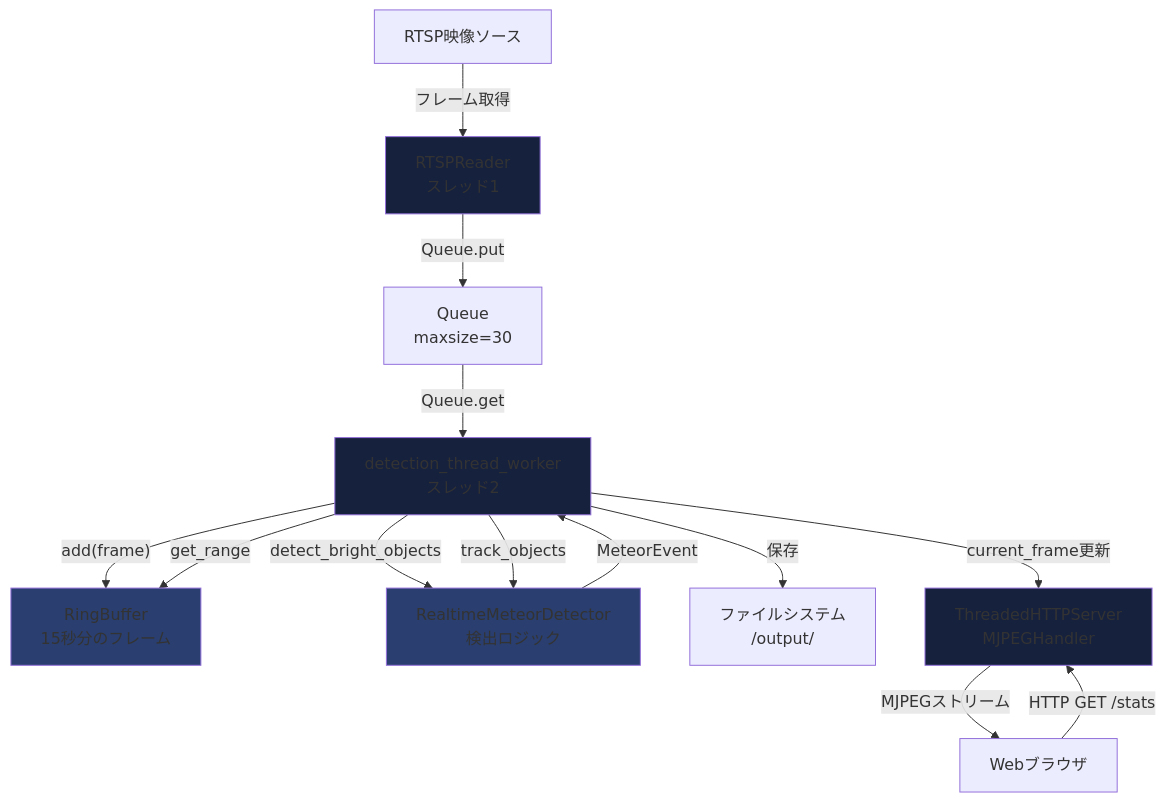
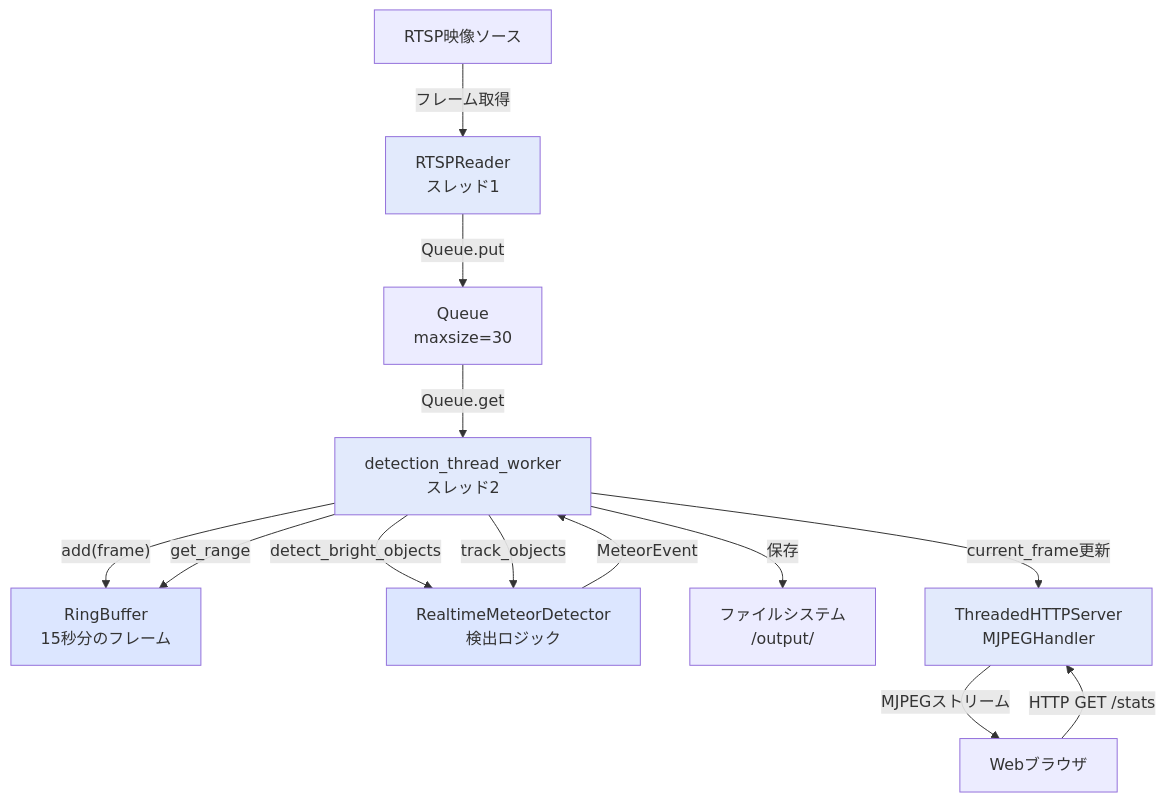
One commit to Masakai/meteo changed the first of 12 diagrams in documents/DETECTOR_COMPONENTS.md. Above: the diagram before and after it, drawn with Mermaid. The commit also changed other lines of this file and 8 other files, not shown here.

Commit message:
- Mermaidダイアグラム用スタイルのカラーパレットを調整   - セーフティカラーを温和なトーンへ変更   - Mermaidテーマ設定のドキュメントやスクリプトを更新 - WebRTC/Go2RTC関連のドキュメント強化   - `go2rtc` コンテナ仕様、図解を追加   - ダッシュボード埋め込み方式とストリーミング設定を反映   - 構築手順にポートや依存関係情報を補足

````diff
--- a/documents/DETECTOR_COMPONENTS.md
+++ b/documents/DETECTOR_COMPONENTS.md
@@ -20,31 +20,31 @@
 ```mermaid
 graph TB
     RTSP["RTSP映像ソース"]
     Reader["RTSPReader<br/>スレッド1"]
     Queue["Queue<br/>maxsize=30"]
     DetectionWorker["detection_thread_worker<br/>スレッド2"]
     RingBuffer["RingBuffer<br/>15秒分のフレーム"]
     Detector["RealtimeMeteorDetector<br/>検出ロジック"]
     Storage["ファイルシステム<br/>/output/"]
     WebServer["ThreadedHTTPServer<br/>MJPEGHandler"]
     Browser["Webブラウザ"]
 
     RTSP -->|"フレーム取得"| Reader
     Reader -->|"Queue.put"| Queue
     Queue -->|"Queue.get"| DetectionWorker
     DetectionWorker -->|"add(frame)"| RingBuffer
     DetectionWorker -->|"detect_bright_objects"| Detector
     DetectionWorker -->|"track_objects"| Detector
     Detector -->|"MeteorEvent"| DetectionWorker
     DetectionWorker -->|"get_range"| RingBuffer
     DetectionWorker -->|"保存"| Storage
     DetectionWorker -->|"current_frame更新"| WebServer
     WebServer -->|"MJPEGストリーム"| Browser
     Browser -->|"HTTP GET /stats"| WebServer
 
-    style Reader fill:#16213e
-    style DetectionWorker fill:#16213e
-    style WebServer fill:#16213e
-    style Detector fill:#2a3f6f
-    style RingBuffer fill:#2a3f6f
+    style Reader fill:#e2eafc
+    style DetectionWorker fill:#e2eafc
+    style WebServer fill:#e2eafc
+    style Detector fill:#dce6ff
+    style RingBuffer fill:#dce6ff
 ```
````
